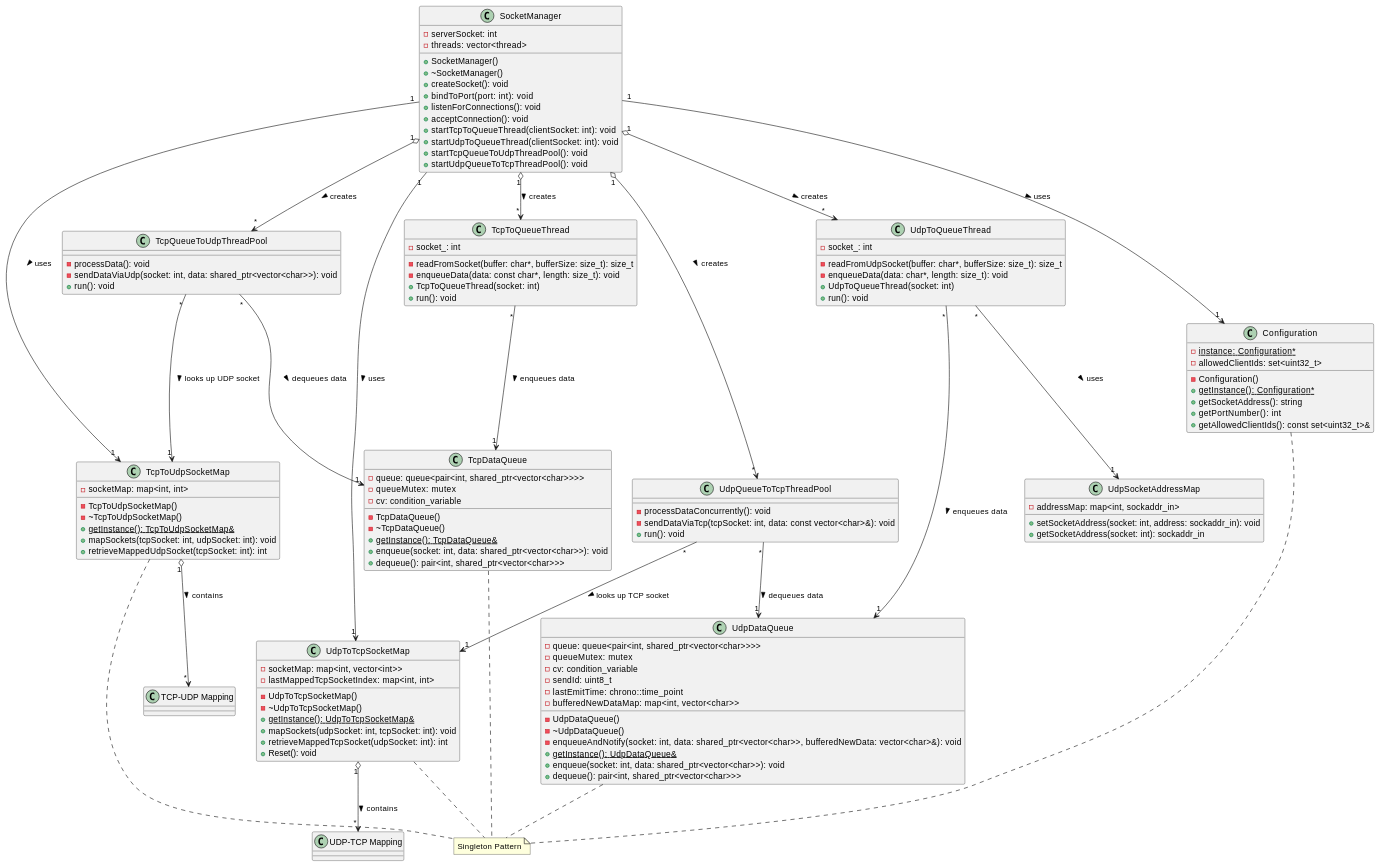
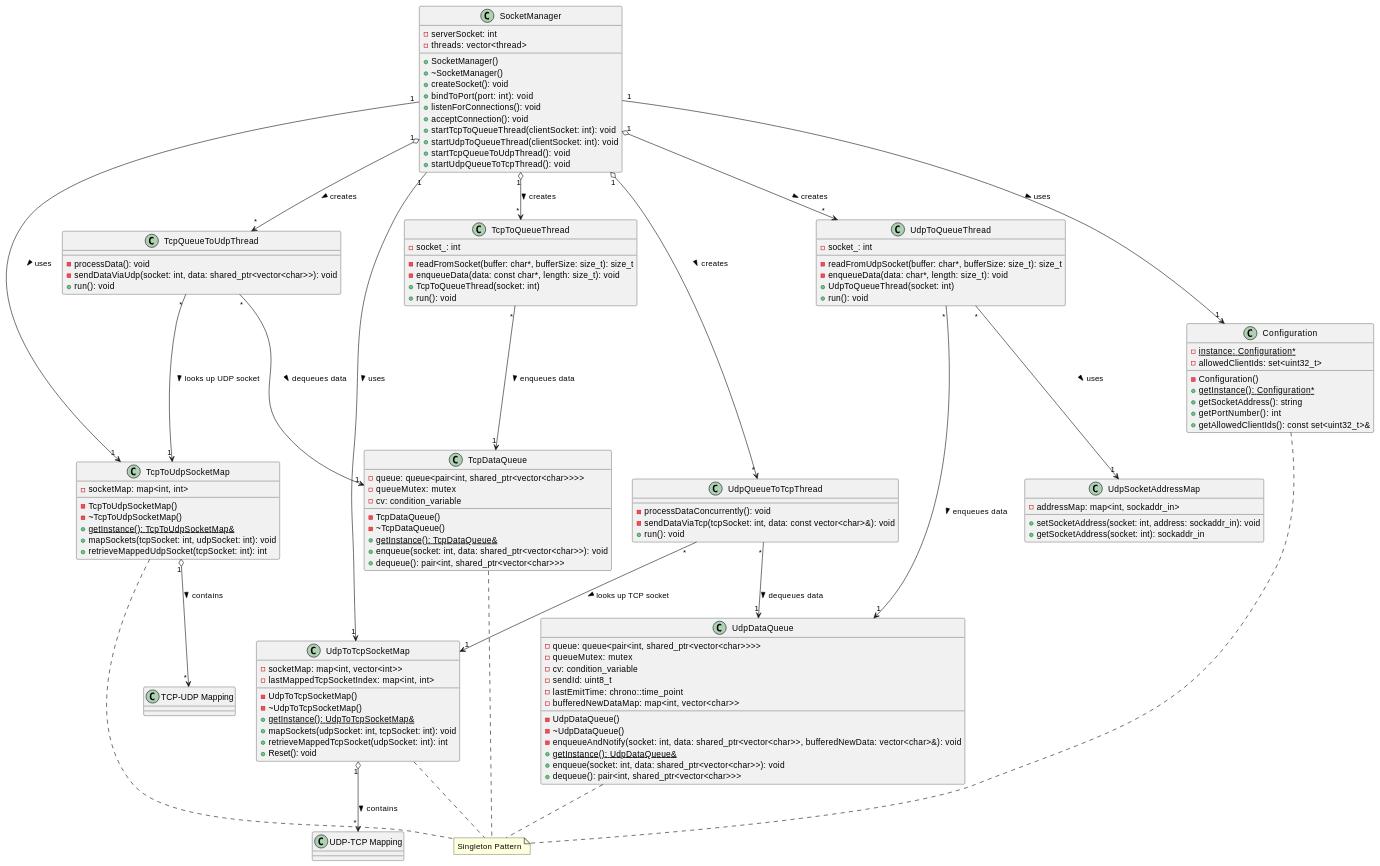
The sixth of 6 diagrams in doc/server.md (xiguichen/tcpudp), drawn with PlantUML before and after one commit. The commit also changed other lines of this file and 21 other files, not shown here.

```diff
--- a/doc/server.md
+++ b/doc/server.md
@@ -127,8 +127,8 @@
   + acceptConnection(): void
   + startTcpToQueueThread(clientSocket: int): void
   + startUdpToQueueThread(clientSocket: int): void
-  + startTcpQueueToUdpThreadPool(): void
-  + startUdpQueueToTcpThreadPool(): void
+  + startTcpQueueToUdpThread(): void
+  + startUdpQueueToTcpThread(): void
 }
 
 ' Socket Maps
@@ -196,13 +196,13 @@
   + run(): void
 }
 
-class TcpQueueToUdpThreadPool {
+class TcpQueueToUdpThread {
   - processData(): void
   - sendDataViaUdp(socket: int, data: shared_ptr<vector<char>>): void
   + run(): void
 }
 
-class UdpQueueToTcpThreadPool {
+class UdpQueueToTcpThread {
   - processDataConcurrently(): void
   - sendDataViaTcp(tcpSocket: int, data: const vector<char>&): void
   + run(): void
@@ -231,8 +231,8 @@
 ' SocketManager creates and manages threads
 SocketManager "1" o--> "*" TcpToQueueThread : creates >
 SocketManager "1" o--> "*" UdpToQueueThread : creates >
-SocketManager "1" o--> "*" TcpQueueToUdpThreadPool : creates >
-SocketManager "1" o--> "*" UdpQueueToTcpThreadPool : creates >
+SocketManager "1" o--> "*" TcpQueueToUdpThread : creates >
+SocketManager "1" o--> "*" UdpQueueToTcpThread : creates >
 
 ' SocketManager uses socket maps
 SocketManager "1" --> "1" TcpToUdpSocketMap : uses >
@@ -241,12 +241,12 @@
 ' Thread classes use data queues
 TcpToQueueThread "*" --> "1" TcpDataQueue : enqueues data >
 UdpToQueueThread "*" --> "1" UdpDataQueue : enqueues data >
-TcpQueueToUdpThreadPool "*" --> "1" TcpDataQueue : dequeues data >
-UdpQueueToTcpThreadPool "*" --> "1" UdpDataQueue : dequeues data >
+TcpQueueToUdpThread "*" --> "1" TcpDataQueue : dequeues data >
+UdpQueueToTcpThread "*" --> "1" UdpDataQueue : dequeues data >
 
 ' Thread pools use socket maps
-TcpQueueToUdpThreadPool "*" --> "1" TcpToUdpSocketMap : looks up UDP socket >
-UdpQueueToTcpThreadPool "*" --> "1" UdpToTcpSocketMap : looks up TCP socket >
+TcpQueueToUdpThread "*" --> "1" TcpToUdpSocketMap : looks up UDP socket >
+UdpQueueToTcpThread "*" --> "1" UdpToTcpSocketMap : looks up TCP socket >
 
 ' Socket maps store mappings
 TcpToUdpSocketMap "1" o--> "*" "TCP-UDP Mapping" : contains >
```
